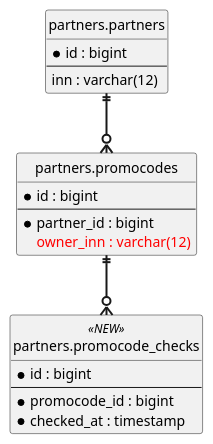
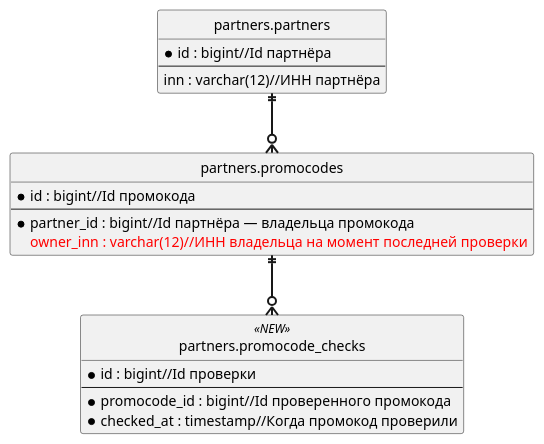
One commit to urbanwatafaka/sa-skills changed the diagram in skills/puml-er/SKILL.md. Above: the diagram before and after it, drawn with PlantUML. The commit also changed other lines of this file and 8 other files, not shown here.

Commit message:
fix(er): у каждого поля ER-диаграммы описание после «//» — правило в puml-er, проверка в sa_puml.py check; версия 0.8.4

````diff
--- a/skills/puml-er/SKILL.md
+++ b/skills/puml-er/SKILL.md
@@ -19,31 +19,31 @@
 ```plantuml
 @startuml
 hide circle
 skinparam defaultFontName Arial
 skinparam linetype ortho
 skinparam ArrowThickness 2
 skinparam entity {
   BackgroundColor<<NEW>> LightGreen
 }
 
 entity "partners.promocodes" as promocodes {
-  * id : bigint
+  * id : bigint//Id промокода
   --
-  * partner_id : bigint
-  <color:red>owner_inn : varchar(12)</color>
+  * partner_id : bigint//Id партнёра — владельца промокода
+  <color:red>owner_inn : varchar(12)//ИНН владельца на момент последней проверки</color>
 }
 entity "partners.partners" as partners {
-  * id : bigint
+  * id : bigint//Id партнёра
   --
-  inn : varchar(12)
+  inn : varchar(12)//ИНН партнёра
 }
 entity "partners.promocode_checks" as checks <<NEW>> {
-  * id : bigint
+  * id : bigint//Id проверки
   --
-  * promocode_id : bigint
-  * checked_at : timestamp
+  * promocode_id : bigint//Id проверенного промокода
+  * checked_at : timestamp//Когда промокод проверили
 }
 partners ||--o{ promocodes
 promocodes ||--o{ checks
 @enduml
 ```
````
